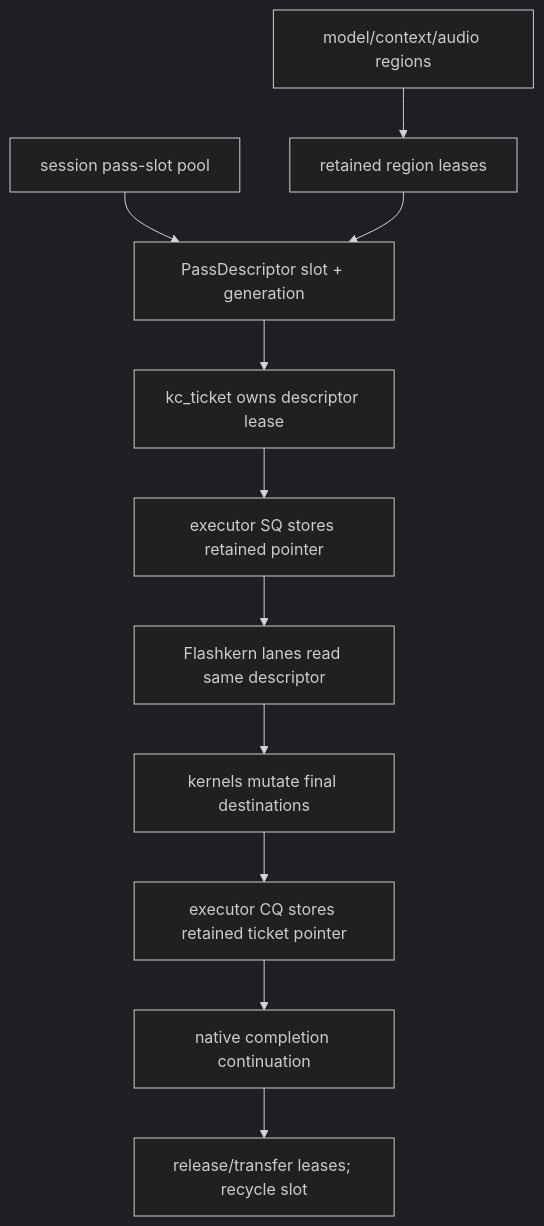
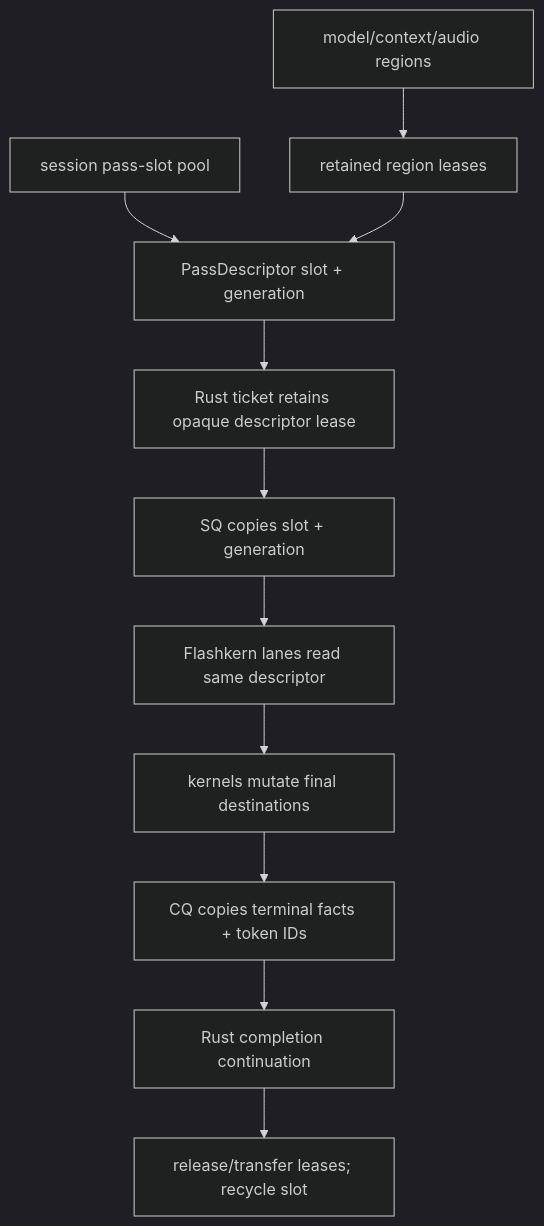
One commit to SolaceHarmony/emberharmony changed the third of 4 diagrams in specs/11-kcoro-native-migration/12-ticketed-orchestration-and-observability.md. Above: the diagram before and after it, drawn with Mermaid (dark theme). The commit also changed other lines of this file and 13 other files, not shown here.

Commit message:
reconcile native migration around Rust coordination

````diff
--- a/specs/11-kcoro-native-migration/12-ticketed-orchestration-and-observability.md
+++ b/specs/11-kcoro-native-migration/12-ticketed-orchestration-and-observability.md
@@ -231,13 +245,13 @@
 ```mermaid
 flowchart TB
     Pool["session pass-slot pool"] --> Slot["PassDescriptor slot + generation"]
     Regions["model/context/audio regions"] --> Lease["retained region leases"]
     Lease --> Slot
-    Slot --> Ticket["kc_ticket owns descriptor lease"]
-    Ticket --> SQ["executor SQ stores retained pointer"]
+    Slot --> Ticket["Rust ticket retains opaque descriptor lease"]
+    Ticket --> SQ["SQ copies slot + generation"]
     SQ --> Lanes["Flashkern lanes read same descriptor"]
     Lanes --> Final["kernels mutate final destinations"]
-    Final --> CQ["executor CQ stores retained ticket pointer"]
-    CQ --> Callback["native completion continuation"]
+    Final --> CQ["CQ copies terminal facts + token IDs"]
+    CQ --> Callback["Rust completion continuation"]
     Callback --> Release["release/transfer leases; recycle slot"]
 ```
````
